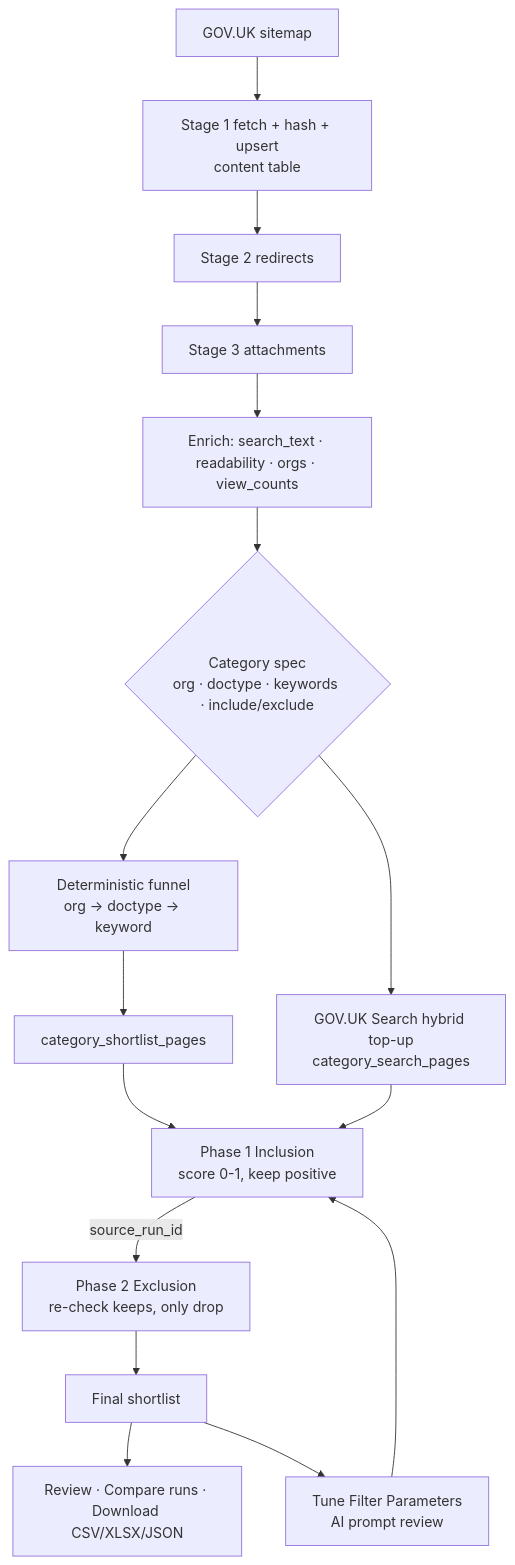
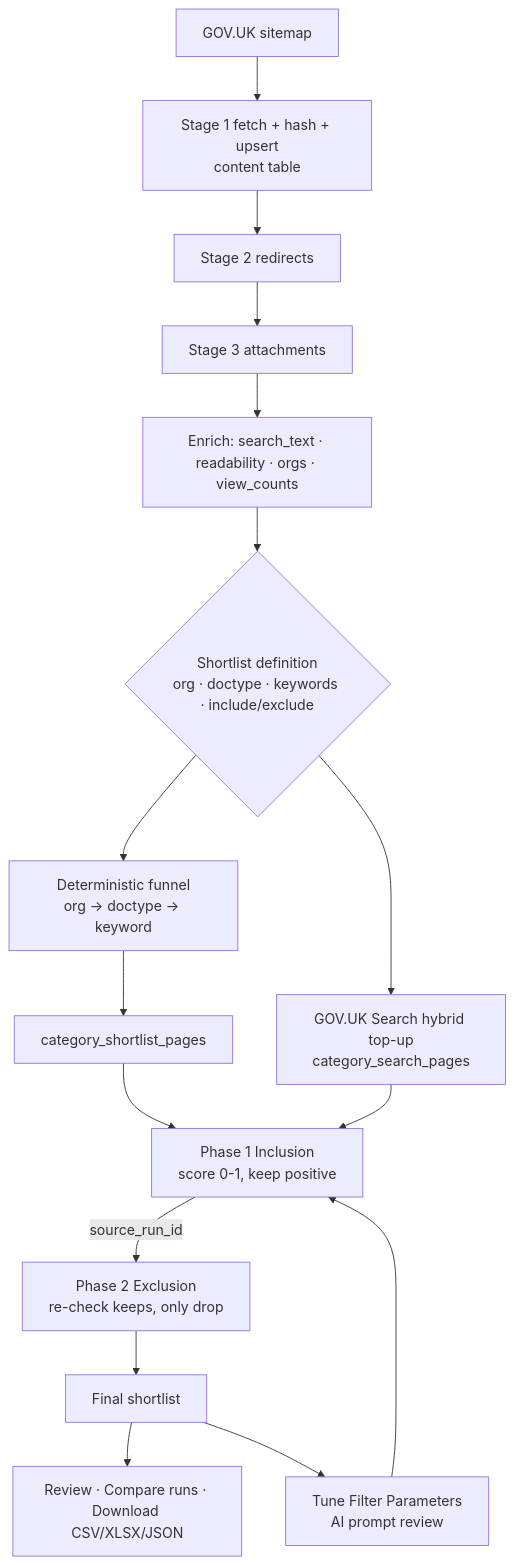
One commit to Underwoodt/gov-uk-corpus changed the third of 4 diagrams in docs/architecture.md. Above: the diagram before and after it, drawn with Mermaid. The commit also changed other lines of this file, not shown here.

First line of the commit message:
docs/architecture: use 'shortlist' for the concept; note DB/code call it 'categories'

````diff
--- a/docs/architecture.md
+++ b/docs/architecture.md
@@ -139,16 +147,16 @@
 ```mermaid
 flowchart TB
   A[GOV.UK sitemap] --> B[Stage 1 fetch + hash + upsert<br/>content table]
   B --> C[Stage 2 redirects] --> D[Stage 3 attachments]
   D --> E[Enrich: search_text · readability · orgs · view_counts]
-  E --> F{Category spec<br/>org · doctype · keywords · include/exclude}
+  E --> F{Shortlist definition<br/>org · doctype · keywords · include/exclude}
   F --> G[Deterministic funnel<br/>org → doctype → keyword]
   G --> H[category_shortlist_pages]
   F --> I[GOV.UK Search hybrid top-up<br/>category_search_pages]
   H --> J[Phase 1 Inclusion<br/>score 0-1, keep positive]
   I --> J
   J -->|source_run_id| K[Phase 2 Exclusion<br/>re-check keeps, only drop]
   K --> L[Final shortlist]
   L --> M[Review · Compare runs · Download CSV/XLSX/JSON]
   L --> N[Tune Filter Parameters<br/>AI prompt review] --> J
 ```
````
